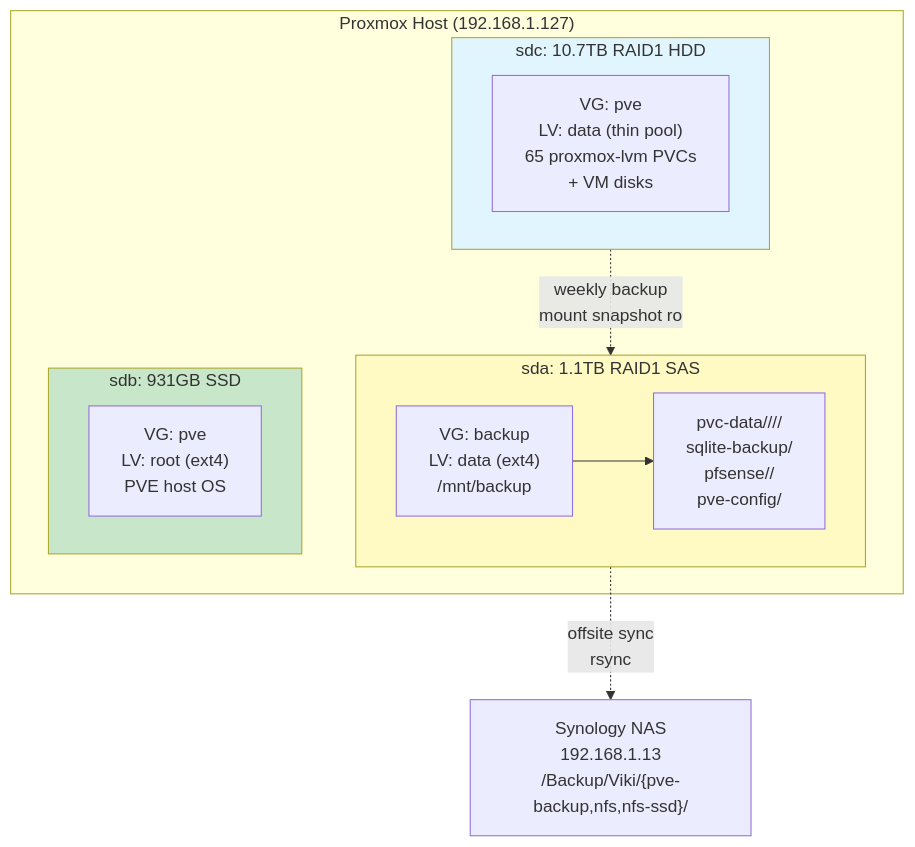
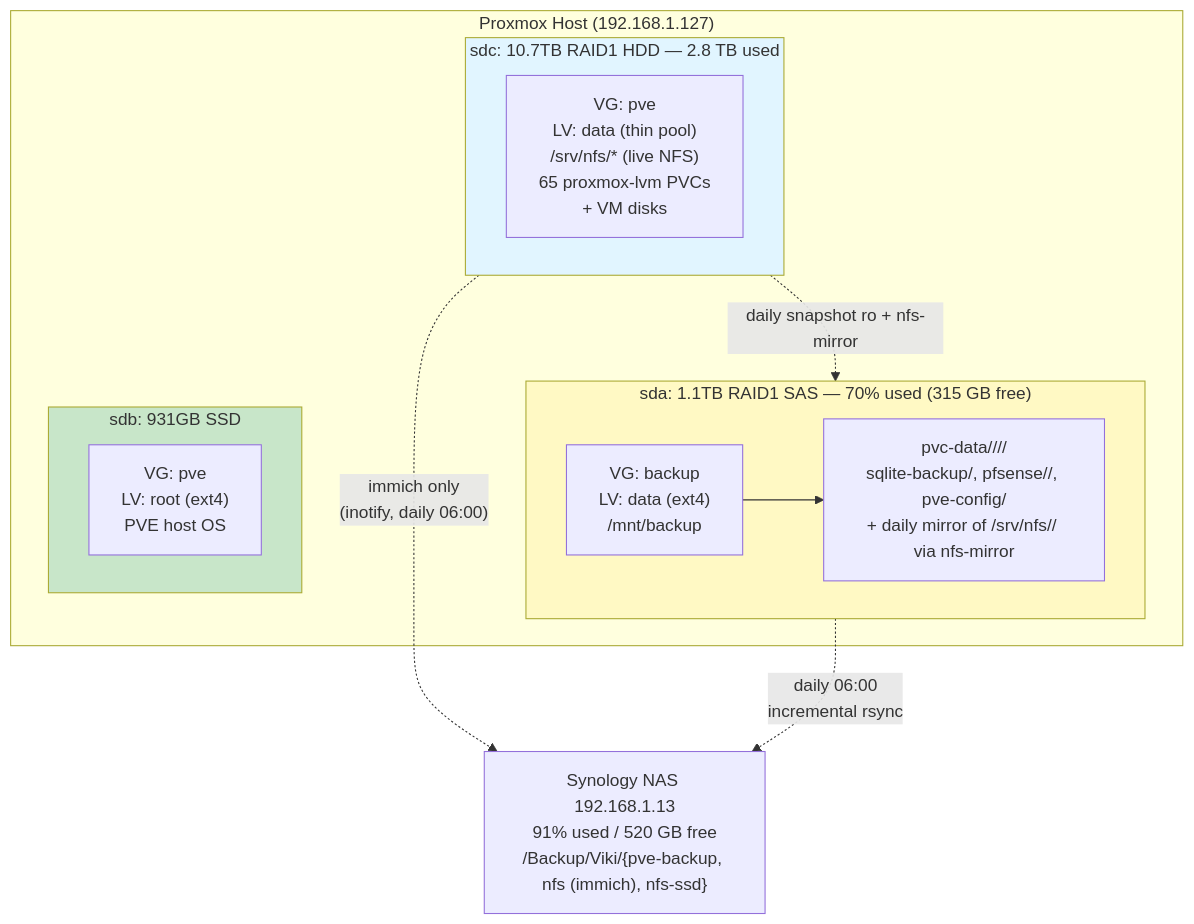
One commit to ViktorBarzin/infra changed the fourth of 6 diagrams in docs/architecture/backup-dr.md. Above: the diagram before and after it, drawn with Mermaid. The commit also changed other lines of this file, not shown here.

First line of the commit message:
backup-dr docs: refresh diagrams for daily/immich-only architecture

````diff
--- a/docs/architecture/backup-dr.md
+++ b/docs/architecture/backup-dr.md
@@ -146,26 +201,29 @@
 ```mermaid
 graph TB
     subgraph PVE["Proxmox Host (192.168.1.127)"]
-        subgraph sda["sda: 1.1TB RAID1 SAS"]
+        subgraph sda["sda: 1.1TB RAID1 SAS — 70% used (315 GB free)"]
             sda_vg["VG: backup<br/>LV: data (ext4)<br/>/mnt/backup"]
-            sda_content["pvc-data/<YYYY-WW>/<ns>/<pvc>/<br/>sqlite-backup/<br/>pfsense/<YYYY-WW>/<br/>pve-config/"]
+            sda_content["pvc-data/<YYYY-WW>/<ns>/<pvc>/<br/>sqlite-backup/, pfsense/<YYYY-WW>/, pve-config/<br/>+ daily mirror of /srv/nfs/<svc>/ via nfs-mirror"]
         end
 
         subgraph sdb["sdb: 931GB SSD"]
             sdb_vg["VG: pve<br/>LV: root (ext4)<br/>PVE host OS"]
         end
 
-        subgraph sdc["sdc: 10.7TB RAID1 HDD"]
-            sdc_vg["VG: pve<br/>LV: data (thin pool)<br/>65 proxmox-lvm PVCs<br/>+ VM disks"]
+        subgraph sdc["sdc: 10.7TB RAID1 HDD — 2.8 TB used"]
+            sdc_vg["VG: pve<br/>LV: data (thin pool)<br/>/srv/nfs/* (live NFS)<br/>65 proxmox-lvm PVCs<br/>+ VM disks"]
         end
 
         sda_vg --> sda_content
     end
 
-    sdc -.->|weekly backup<br/>mount snapshot ro| sda
-    sda -.->|offsite sync<br/>rsync| Synology["Synology NAS<br/>192.168.1.13<br/>/Backup/Viki/{pve-backup,nfs,nfs-ssd}/"]
+    sdc -. "daily snapshot ro + nfs-mirror" .-> sda
+    sdc -. "immich only<br/>(inotify, daily 06:00)" .-> Synology
+    sda -. "daily 06:00<br/>incremental rsync" .-> Synology
+
+    Synology["Synology NAS 192.168.1.13<br/>91% used / 520 GB free<br/>/Backup/Viki/{pve-backup, nfs (immich), nfs-ssd}"]
 
     style sda fill:#fff9c4
     style sdb fill:#c8e6c9
     style sdc fill:#e1f5ff
 ```
````
